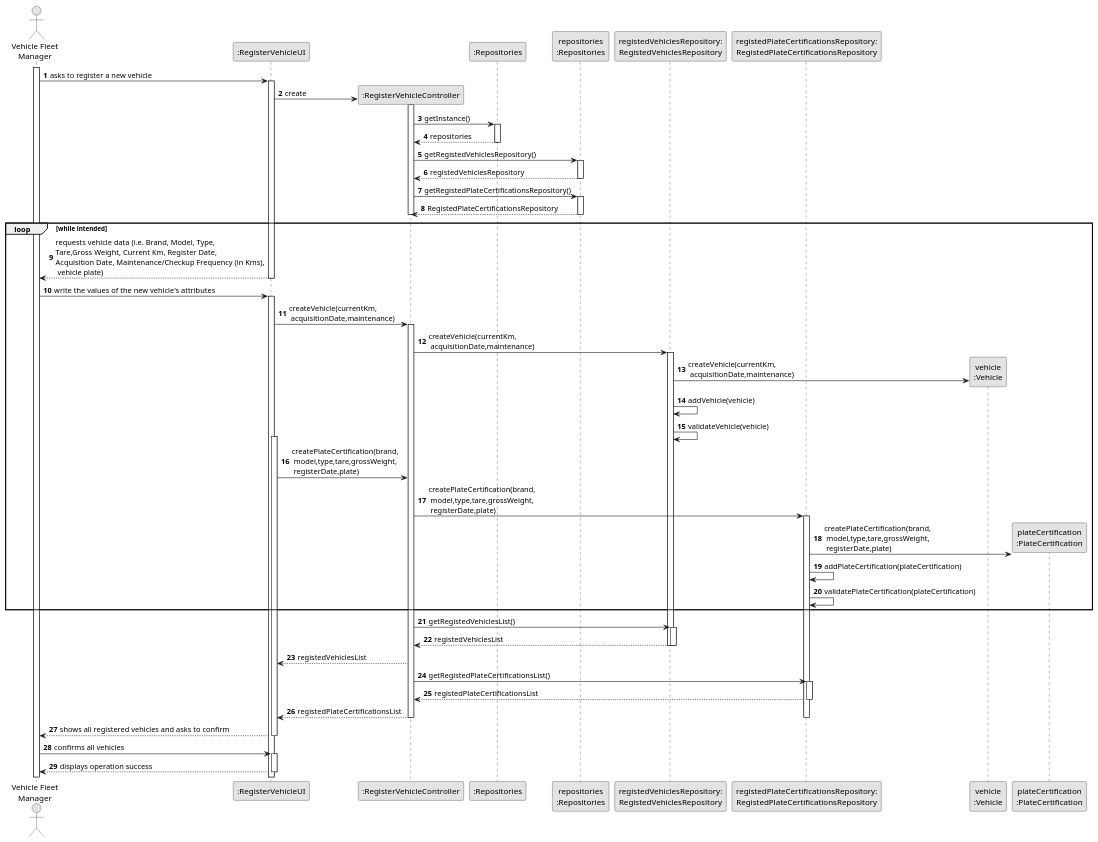
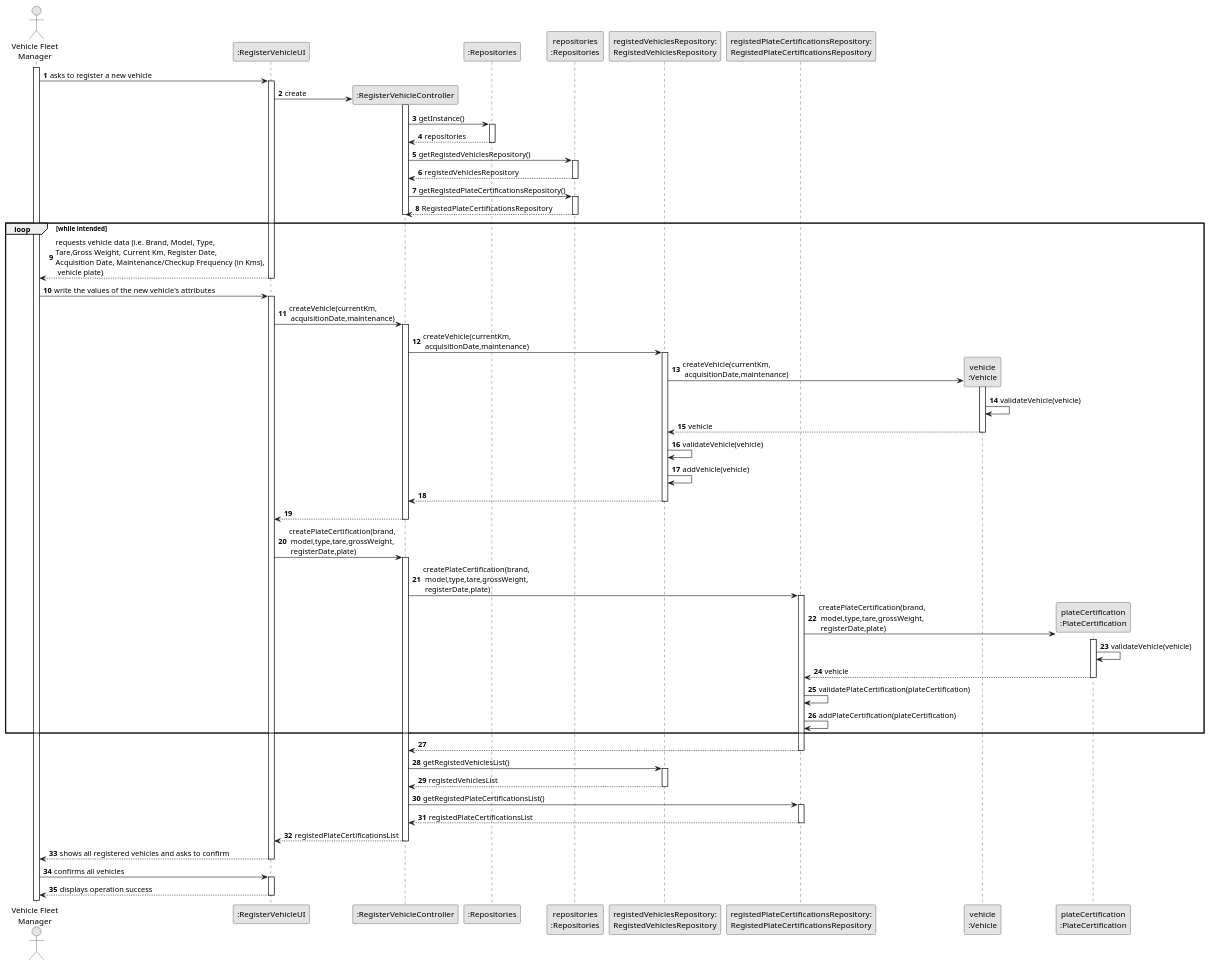
Before and after one commit to 1231360-ISEP/lei-24-s2-1db-g021: the diagram in docs/sprint2/us006/03.design/puml/us006-sequence-diagram-full.puml, drawn with PlantUML. The commit also changed 1 other file, not shown here.

Commit message:
Update US06 - Sequence Full Diagram and SVG.

```diff
--- a/docs/sprint2/us006/03.design/puml/us006-sequence-diagram-full.puml
+++ b/docs/sprint2/us006/03.design/puml/us006-sequence-diagram-full.puml
@@ -1,100 +1,127 @@
 @startuml
 skinparam monochrome true
 skinparam packageStyle rectangle
 skinparam shadowing false
 
 actor "Vehicle Fleet\nManager" as VFM
 participant ":RegisterVehicleUI" as UI
 participant ":RegisterVehicleController" as CTRL
 participant ":Repositories" as RepositorySingleton
 participant "repositories\n:Repositories" as PLAT
 participant "registedVehiclesRepository:\nRegistedVehiclesRepository" as RegistedVehiclesRepository
 participant "registedPlateCertificationsRepository:\nRegistedPlateCertificationsRepository" as RegistedPlateCertificationsRepository
 participant "vehicle\n:Vehicle" as VEICULO
 participant "plateCertification\n:PlateCertification" as PLATE_CERTIFICATION
 
 autonumber 1
 
 activate VFM
-    VFM -> UI : asks to register a new vehicle
 
+        VFM -> UI : asks to register a new vehicle
     activate UI
+
         UI -> CTRL** : create
+    activate CTRL
 
-        activate CTRL
-            CTRL -> RepositorySingleton : getInstance()
+        CTRL -> RepositorySingleton : getInstance()
+    activate RepositorySingleton
 
-            activate RepositorySingleton
-                RepositorySingleton --> CTRL: repositories
-            deactivate RepositorySingleton
+    RepositorySingleton --> CTRL: repositories
+    deactivate RepositorySingleton
 
-            CTRL -> PLAT : getRegistedVehiclesRepository()
+        CTRL -> PLAT : getRegistedVehiclesRepository()
+    activate PLAT
 
-            activate PLAT
-                PLAT --> CTRL: registedVehiclesRepository
-            deactivate PLAT
+    PLAT --> CTRL: registedVehiclesRepository
+    deactivate PLAT
 
-            CTRL -> PLAT : getRegistedPlateCertificationsRepository()
+    CTRL -> PLAT : getRegistedPlateCertificationsRepository()
 
-            activate PLAT
-                PLAT --> CTRL: RegistedPlateCertificationsRepository
-            deactivate PLAT
-        deactivate CTRL
+    activate PLAT
+
+    PLAT --> CTRL: RegistedPlateCertificationsRepository
+    deactivate PLAT
+
+deactivate CTRL
 
     loop while intended
         UI --> VFM : requests vehicle data (i.e. Brand, Model, Type, \nTare,Gross Weight, Current Km, Register Date, \nAcquisition Date, Maintenance/Checkup Frequency (in Kms),\n vehicle plate)
 
     deactivate UI
 
-    VFM -> UI : write the values of the new vehicle's attributes
+        VFM -> UI : write the values of the new vehicle's attributes
+    activate UI
 
-    activate UI
-        UI -> CTRL: createVehicle(currentKm,\n acquisitionDate,maintenance)
+       UI -> CTRL: createVehicle(currentKm,\n acquisitionDate,maintenance)
+    activate CTRL
 
-        activate CTRL
-            CTRL -> RegistedVehiclesRepository : createVehicle(currentKm,\n acquisitionDate,maintenance)
+        CTRL -> RegistedVehiclesRepository : createVehicle(currentKm,\n acquisitionDate,maintenance)
+    activate RegistedVehiclesRepository
 
-            activate RegistedVehiclesRepository
-                RegistedVehiclesRepository -> VEICULO**: createVehicle(currentKm,\n acquisitionDate,maintenance)
-                RegistedVehiclesRepository -> RegistedVehiclesRepository: addVehicle(vehicle)
-                RegistedVehiclesRepository -> RegistedVehiclesRepository: validateVehicle(vehicle)
+        RegistedVehiclesRepository -> VEICULO**: createVehicle(currentKm,\n acquisitionDate,maintenance)
+    activate VEICULO
 
-                activate UI
-                    UI -> CTRL: createPlateCertification(brand,\n model,type,tare,grossWeight,\n registerDate,plate)
-                    CTRL -> RegistedPlateCertificationsRepository : createPlateCertification(brand,\n model,type,tare,grossWeight,\n registerDate,plate)
+        VEICULO -> VEICULO: validateVehicle(vehicle)
 
-                    activate RegistedPlateCertificationsRepository
-                        RegistedPlateCertificationsRepository -> PLATE_CERTIFICATION**: createPlateCertification(brand,\n model,type,tare,grossWeight,\n registerDate,plate)
-                        RegistedPlateCertificationsRepository -> RegistedPlateCertificationsRepository: addPlateCertification(plateCertification)
-                        RegistedPlateCertificationsRepository -> RegistedPlateCertificationsRepository: validatePlateCertification(plateCertification)
+    RegistedVehiclesRepository <-- VEICULO : vehicle
+    deactivate VEICULO
+
+    RegistedVehiclesRepository -> RegistedVehiclesRepository: validateVehicle(vehicle)
+    RegistedVehiclesRepository -> RegistedVehiclesRepository: addVehicle(vehicle)
+
+    CTRL <-- RegistedVehiclesRepository
+    deactivate RegistedVehiclesRepository
+
+    UI <-- CTRL
+
+    deactivate CTRL
+
+    UI -> CTRL: createPlateCertification(brand,\n model,type,tare,grossWeight,\n registerDate,plate)
+
+    activate CTRL
+
+        CTRL -> RegistedPlateCertificationsRepository : createPlateCertification(brand,\n model,type,tare,grossWeight,\n registerDate,plate)
+    activate RegistedPlateCertificationsRepository
+
+    RegistedPlateCertificationsRepository -> PLATE_CERTIFICATION**: createPlateCertification(brand,\n model,type,tare,grossWeight,\n registerDate,plate)
+
+    activate PLATE_CERTIFICATION
+        PLATE_CERTIFICATION -> PLATE_CERTIFICATION: validateVehicle(vehicle)
+
+    RegistedPlateCertificationsRepository <-- PLATE_CERTIFICATION : vehicle
+    deactivate PLATE_CERTIFICATION
+
+    RegistedPlateCertificationsRepository -> RegistedPlateCertificationsRepository: validatePlateCertification(plateCertification)
+    RegistedPlateCertificationsRepository -> RegistedPlateCertificationsRepository: addPlateCertification(plateCertification)
+
     end
 
-                        CTRL -> RegistedVehiclesRepository : getRegistedVehiclesList()
+    CTRL <-- RegistedPlateCertificationsRepository
+    deactivate
 
-                        activate RegistedVehiclesRepository
-                            RegistedVehiclesRepository --> CTRL : registedVehiclesList
-                        deactivate RegistedVehiclesRepository
-                        deactivate RegistedVehiclesRepository
+        CTRL -> RegistedVehiclesRepository : getRegistedVehiclesList()
+    activate RegistedVehiclesRepository
 
-                        CTRL --> UI : registedVehiclesList
-                        CTRL -> RegistedPlateCertificationsRepository : getRegistedPlateCertificationsList()
+    RegistedVehiclesRepository --> CTRL : registedVehiclesList
+    deactivate RegistedVehiclesRepository
 
-                        activate RegistedPlateCertificationsRepository
-                            RegistedPlateCertificationsRepository --> CTRL : registedPlateCertificationsList
-                        deactivate RegistedPlateCertificationsRepository
+        CTRL -> RegistedPlateCertificationsRepository : getRegistedPlateCertificationsList()
+    activate RegistedPlateCertificationsRepository
 
-                        CTRL --> UI : registedPlateCertificationsList
-                        deactivate RegistedPlateCertificationsRepository
-        deactivate CTRL
+    RegistedPlateCertificationsRepository --> CTRL : registedPlateCertificationsList
+    deactivate RegistedPlateCertificationsRepository
 
-        UI --> VFM : shows all registered vehicles and asks to confirm
+    CTRL --> UI : registedPlateCertificationsList
 
+    deactivate CTRL
+
+    UI --> VFM : shows all registered vehicles and asks to confirm
     deactivate UI
 
-    VFM -> UI : confirms all vehicles
+        VFM -> UI : confirms all vehicles
+    activate UI
 
-    activate UI
     UI --> VFM : displays operation success
     deactivate UI
 
 @enduml
```
